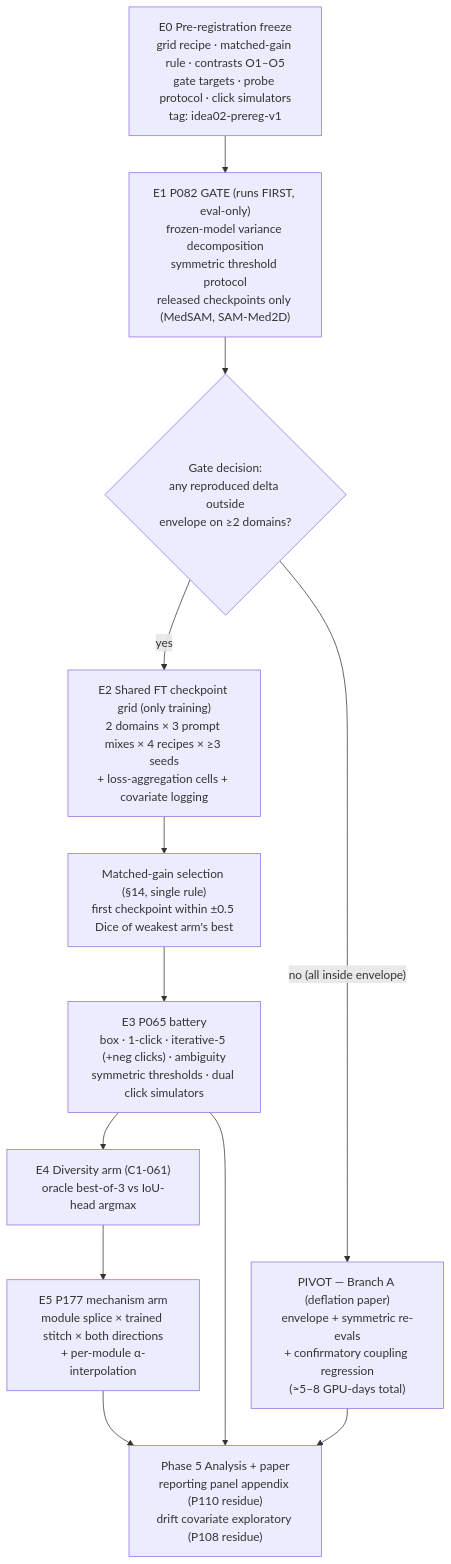
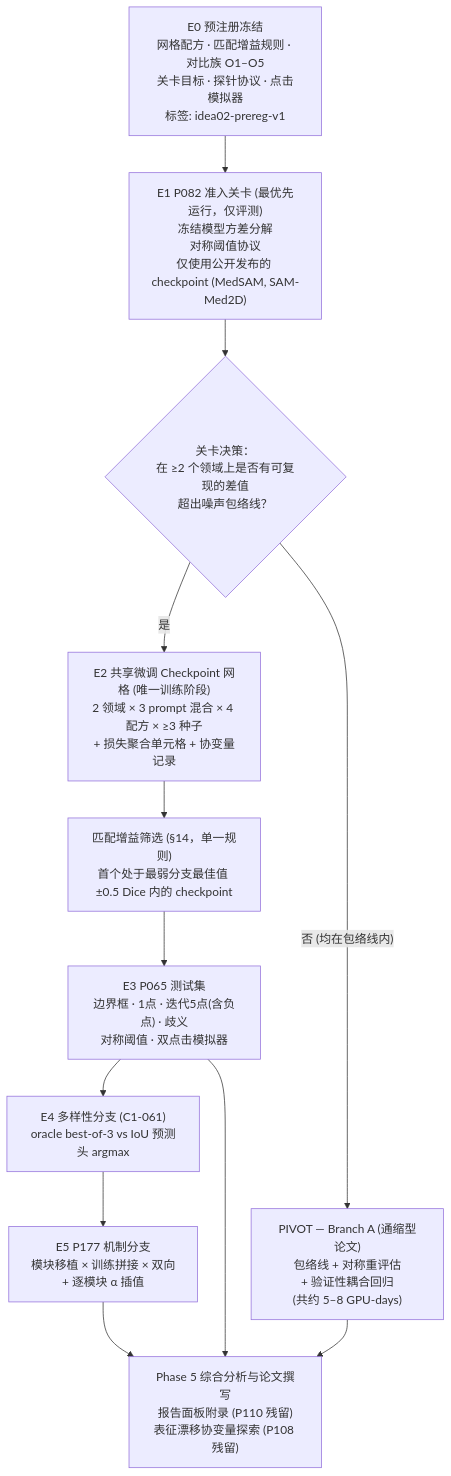
One commit to songkang688/idea changed the first of 5 diagrams in Windows4/Idea_02/mermaid.md. Above: the diagram before and after it, drawn with Mermaid. The commit also changed other lines of this file and 74 other files, not shown here.

````diff
--- a/Windows4/Idea_02/mermaid.md
+++ b/Windows4/Idea_02/mermaid.md
@@ -7,19 +7,19 @@
 ```mermaid
 flowchart TD
-    E0["E0 Pre-registration freeze<br/>grid recipe · matched-gain rule · contrasts O1–O5<br/>gate targets · probe protocol · click simulators<br/>tag: idea02-prereg-v1"]
-    E1["E1 P082 GATE (runs FIRST, eval-only)<br/>frozen-model variance decomposition<br/>symmetric threshold protocol<br/>released checkpoints only (MedSAM, SAM-Med2D)"]
-    DEC{"Gate decision:<br/>any reproduced delta outside<br/>envelope on ≥2 domains?"}
-    PIV["PIVOT — Branch A (deflation paper)<br/>envelope + symmetric re-evals<br/>+ confirmatory coupling regression<br/>(≈5–8 GPU-days total)"]
-    E2["E2 Shared FT checkpoint grid (only training)<br/>2 domains × 3 prompt mixes × 4 recipes × ≥3 seeds<br/>+ loss-aggregation cells + covariate logging"]
-    MG["Matched-gain selection (§14, single rule)<br/>first checkpoint within ±0.5 Dice of weakest arm's best"]
-    E3["E3 P065 battery<br/>box · 1-click · iterative-5 (+neg clicks) · ambiguity<br/>symmetric thresholds · dual click simulators"]
-    E4["E4 Diversity arm (C1-061)<br/>oracle best-of-3 vs IoU-head argmax"]
-    E5["E5 P177 mechanism arm<br/>module splice × trained stitch × both directions<br/>+ per-module α-interpolation"]
-    P5["Phase 5 Analysis + paper<br/>reporting panel appendix (P110 residue)<br/>drift covariate exploratory (P108 residue)"]
+    E0["E0 预注册冻结<br/>网格配方 · 匹配增益规则 · 对比族 O1–O5<br/>关卡目标 · 探针协议 · 点击模拟器<br/>标签: idea02-prereg-v1"]
+    E1["E1 P082 准入关卡 (最优先运行，仅评测)<br/>冻结模型方差分解<br/>对称阈值协议<br/>仅使用公开发布的 checkpoint (MedSAM, SAM-Med2D)"]
+    DEC{"关卡决策：<br/>在 ≥2 个领域上是否有可复现的差值<br/>超出噪声包络线？"}
+    PIV["PIVOT — Branch A (通缩型论文)<br/>包络线 + 对称重评估<br/>+ 验证性耦合回归<br/>(共约 5–8 GPU-days)"]
+    E2["E2 共享微调 Checkpoint 网格 (唯一训练阶段)<br/>2 领域 × 3 prompt 混合 × 4 配方 × ≥3 种子<br/>+ 损失聚合单元格 + 协变量记录"]
+    MG["匹配增益筛选 (§14，单一规则)<br/>首个处于最弱分支最佳值 ±0.5 Dice 内的 checkpoint"]
+    E3["E3 P065 测试集<br/>边界框 · 1点 · 迭代5点(含负点) · 歧义<br/>对称阈值 · 双点击模拟器"]
+    E4["E4 多样性分支 (C1-061)<br/>oracle best-of-3 vs IoU 预测头 argmax"]
+    E5["E5 P177 机制分支<br/>模块移植 × 训练拼接 × 双向<br/>+ 逐模块 α 插值"]
+    P5["Phase 5 综合分析与论文撰写<br/>报告面板附录 (P110 残留)<br/>表征漂移协变量探索 (P108 残留)"]
 
     E0 --> E1 --> DEC
-    DEC -- "no (all inside envelope)" --> PIV
-    DEC -- "yes" --> E2 --> MG --> E3 --> E4 --> E5 --> P5
+    DEC -- "否 (均在包络线内)" --> PIV
+    DEC -- "是" --> E2 --> MG --> E3 --> E4 --> E5 --> P5
     E3 --> P5
     PIV --> P5
 ```
````
